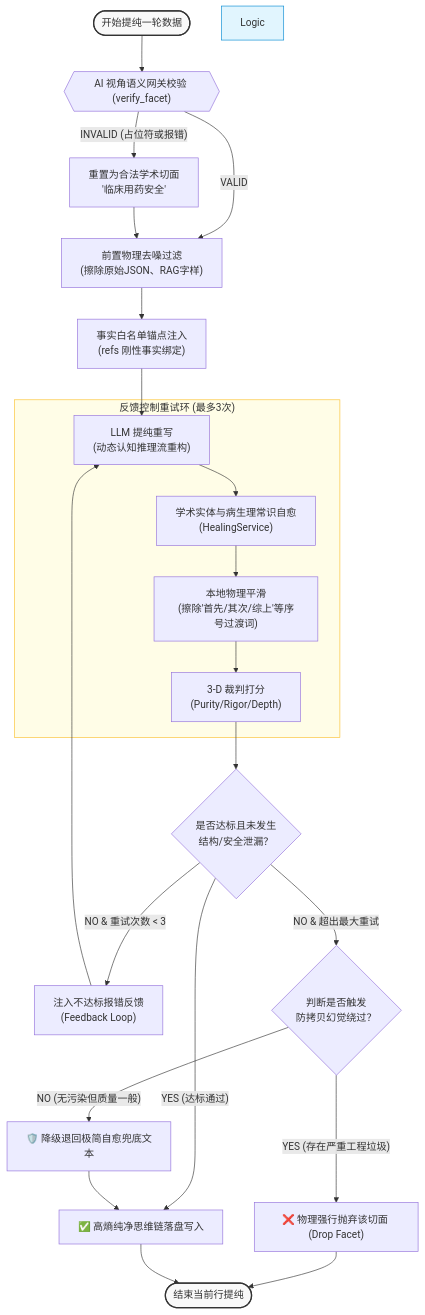
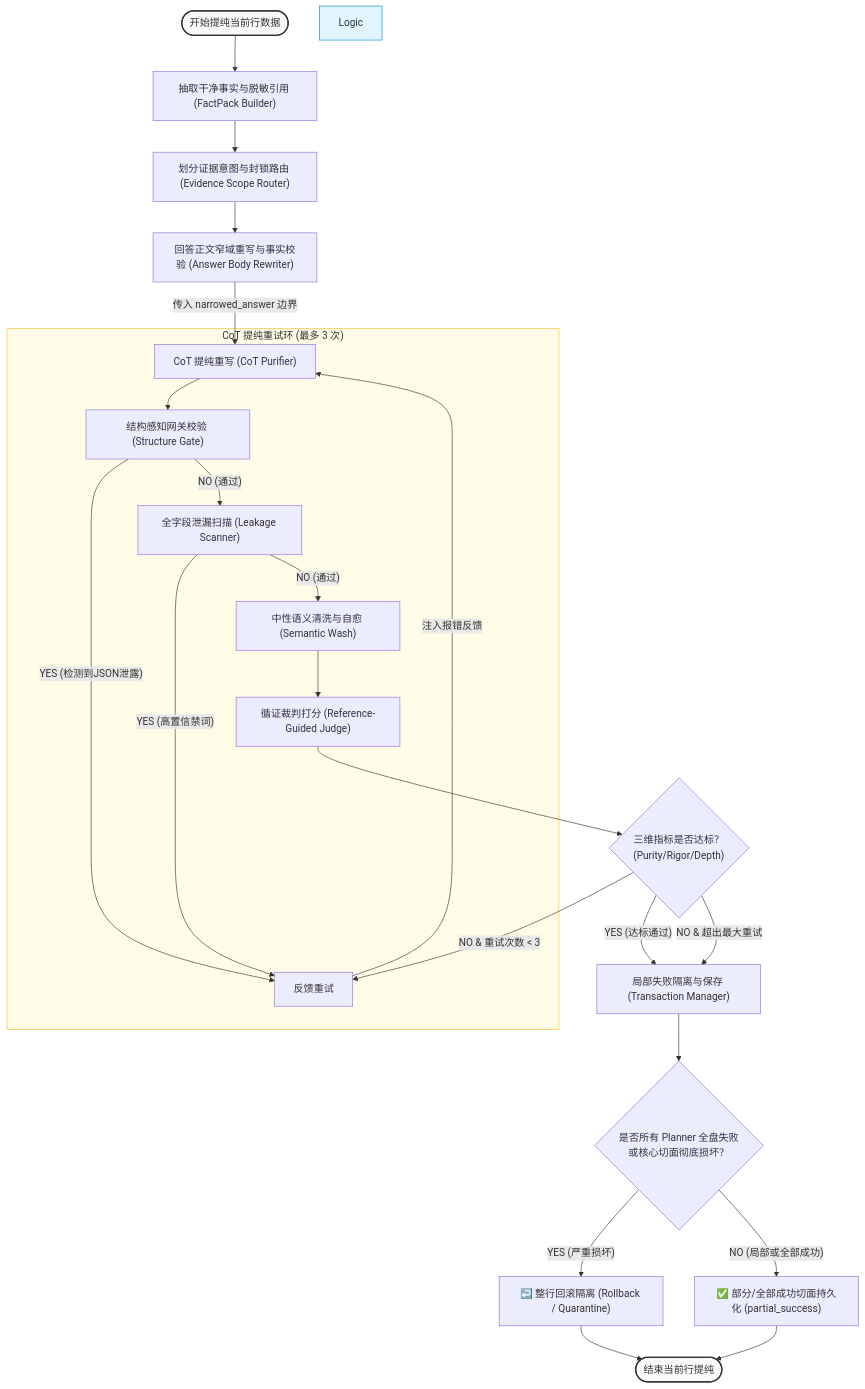
One commit to sunsumyu/REN changed the third of 3 diagrams in qa/docs/project_flowchart.md. Above: the diagram before and after it, drawn with Mermaid. The commit also changed other lines of this file and 6 other files, not shown here.

Commit message:
feat: initialize QA pipeline infrastructure with LLM service integration and supporting technical documentation

````diff
--- a/qa/docs/project_flowchart.md
+++ b/qa/docs/project_flowchart.md
@@ -100,36 +105,37 @@
 ```mermaid
 flowchart TD
     %% 样式
     style Start fill:#f9f9f9,stroke:#333,stroke-width:2px;
     style End fill:#f9f9f9,stroke:#333,stroke-width:2px;
     style Logic fill:#e1f5fe,stroke:#0288d1,stroke-width:1px;
     style Loop fill:#fffde7,stroke:#fbc02d,stroke-width:1px;
 
-    Start([开始提纯一轮数据]) --> J1{{"AI 视角语义网关校验 (verify_facet)"}}
+    Start([开始提纯当前行数据]) --> F1["抽取干净事实与脱敏引用 (FactPack Builder)"]
+    F1 --> F2["划分证据意图与封锁路由 (Evidence Scope Router)"]
+    F2 --> F3["回答正文窄域重写与事实校验 (Answer Body Rewriter)"]
     
-    J1 -- INVALID (占位符或报错) --> J2["重置为合法学术切面\n'临床用药安全'"]
-    J1 -- VALID --> K["前置物理去噪过滤\n(擦除原始JSON、RAG字样)"]
-    J2 --> K
-    
-    K --> L["事实白名单锚点注入\n(refs 刚性事实绑定)"]
-    
-    subgraph Loop ["反馈控制重试环 (最多3次)"]
-        M["LLM 提纯重写\n(动态认知推理流重构)"] --> N["学术实体与病生理常识自愈\n(HealingService)"]
-        N --> O["本地物理平滑\n(擦除'首先/其次/综上'等序号过渡词)"]
-        O --> P["3-D 裁判打分\n(Purity/Rigor/Depth)"]
+    subgraph Loop ["CoT 提纯重试环 (最多 3 次)"]
+        M["CoT 提纯重写 (CoT Purifier)"] --> SG["结构感知网关校验 (Structure Gate)"]
+        SG -- YES (检测到JSON泄露) --> R["反馈重试"]
+        SG -- NO (通过) --> LS["全字段泄漏扫描 (Leakage Scanner)"]
+        LS -- YES (高置信禁词) --> R
+        LS -- NO (通过) --> SW["中性语义清洗与自愈 (Semantic Wash)"]
+        SW --> JDG["循证裁判打分 (Reference-Guided Judge)"]
     end
     
-    L --> M
+    F3 -->|传入 narrowed_answer 边界| M
     
-    P --> Q{"是否达标且未发生\n结构/安全泄漏？"}
-    Q -- YES (达标通过) --> S["✅ 高熵纯净思维链落盘写入"]
-    Q -- NO & 重试次数 < 3 --> R["注入不达标报错反馈\n(Feedback Loop)"]
-    R --> M
+    JDG --> Q{"三维指标是否达标？<br/>(Purity/Rigor/Depth)"}
+    Q -- YES (达标通过) --> TM["局部失败隔离与保存 (Transaction Manager)"]
+    Q -- NO & 重试次数 < 3 --> R
+    R -->|注入报错反馈| M
     
-    Q -- NO & 超出最大重试 --> T{"判断是否触发\n防拷贝幻觉绕过？"}
-    T -- YES (存在严重工程垃圾) --> U["❌ 物理强行抛弃该切面 (Drop Facet)"]
-    T -- NO (无污染但质量一般) --> V["🛡️ 降级退回极简自愈兜底文本"]
-    V --> S
-    U --> End([结束当前行提纯])
-    S --> End
+    Q -- NO & 超出最大重试 --> TM
+    
+    TM --> TM_Check{"是否所有 Planner 全盘失败<br/>或核心切面彻底损坏？"}
+    TM_Check -- YES (严重损坏) --> Rollback["↩️ 整行回滚隔离 (Rollback / Quarantine)"]
+    TM_Check -- NO (局部或全部成功) --> Salvage["✅ 部分/全部成功切面持久化 (partial_success)"]
+    
+    Salvage --> End([结束当前行提纯])
+    Rollback --> End
 ```
````
